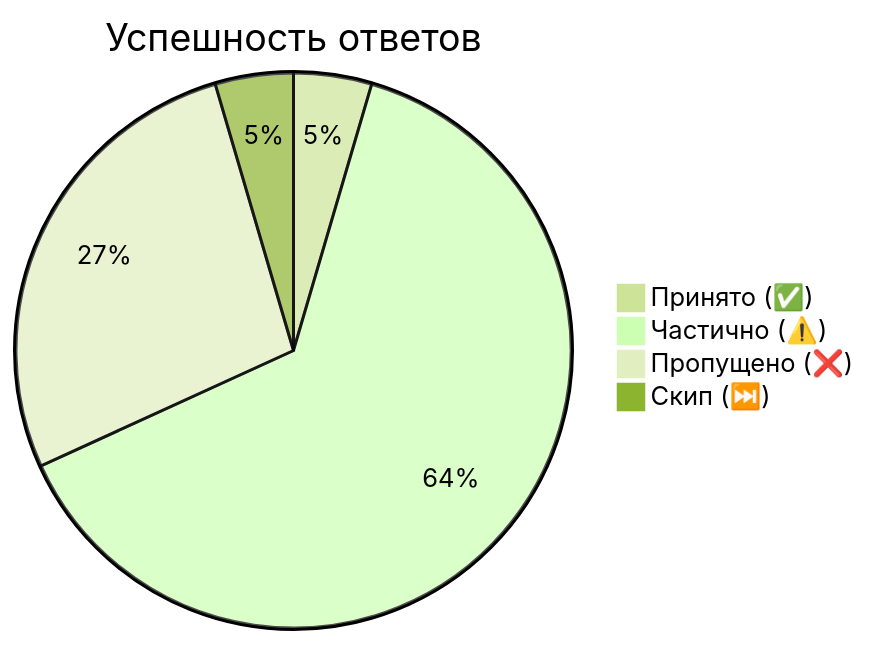
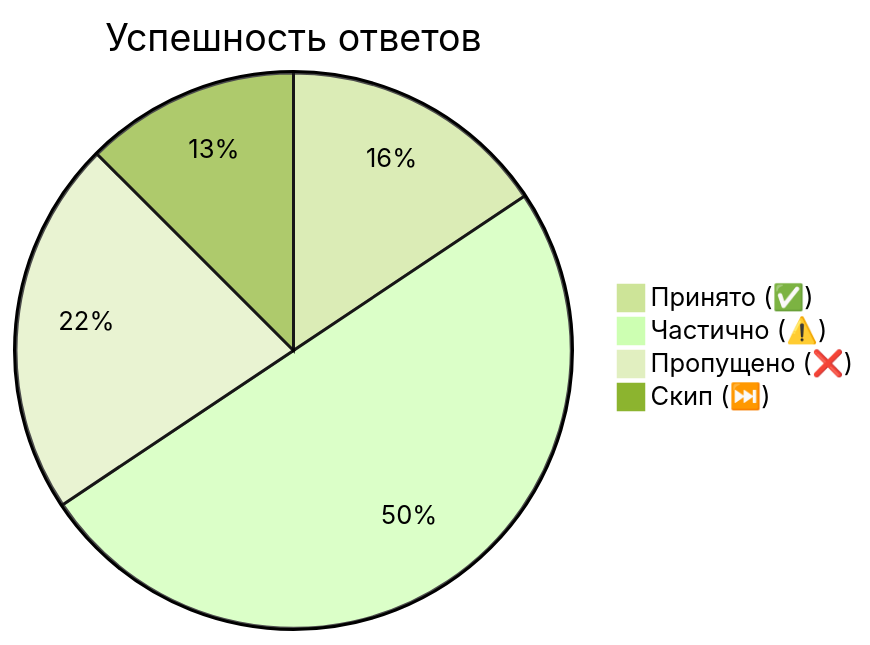
One commit to loymeding/ml-interview-vault changed the diagram in Classic Machine Learning/📊 Аналитика/📈 Дашборд.md. Above: the diagram before and after it, drawn with Mermaid (forest theme). The commit also changed other lines of this file and 221 other files, not shown here.

````diff
--- a/Classic Machine Learning/📊 Аналитика/📈 Дашборд.md
+++ b/Classic Machine Learning/📊 Аналитика/📈 Дашборд.md
@@ -17,7 +17,7 @@
 ```mermaid
 pie title Успешность ответов
-    "Принято (✅)" : 1
-    "Частично (⚠️)" : 14
-    "Пропущено (❌)" : 6
-    "Скип (⏭️)" : 1
+    "Принято (✅)" : 5
+    "Частично (⚠️)" : 16
+    "Пропущено (❌)" : 7
+    "Скип (⏭️)" : 4
 ```
````
